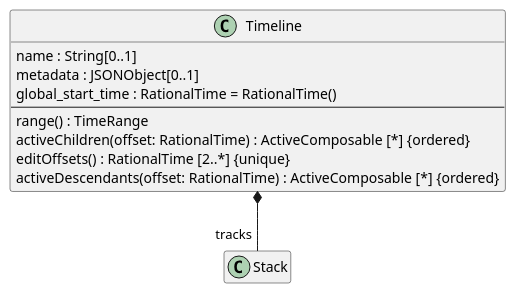
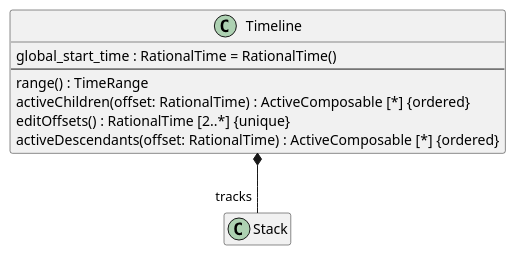
One commit to AcademySoftwareFoundation/OpenTimelineIO changed the fifth of 31 diagrams in docs/data-model/otio-core.md. Above: the diagram before and after it, drawn with PlantUML. The commit also changed other lines of this file and 1 other file, not shown here.

````diff
--- a/docs/data-model/otio-core.md
+++ b/docs/data-model/otio-core.md
@@ -93,22 +195,20 @@
 ```puml
 @startuml
 hide empty members
 skinparam classAttributeIconSize 0
 
 class Timeline {
-  name : String[0..1]
-  metadata : JSONObject[0..1]
   global_start_time : RationalTime = RationalTime()
   --
   range() : TimeRange
   activeChildren(offset: RationalTime) : ActiveComposable [*] {ordered}
   editOffsets() : RationalTime [2..*] {unique}
   activeDescendants(offset: RationalTime) : ActiveComposable [*] {ordered}
 }
 
 class Timeline
 
 Timeline *-- "tracks" Stack
 
 @enduml
 ```
````
